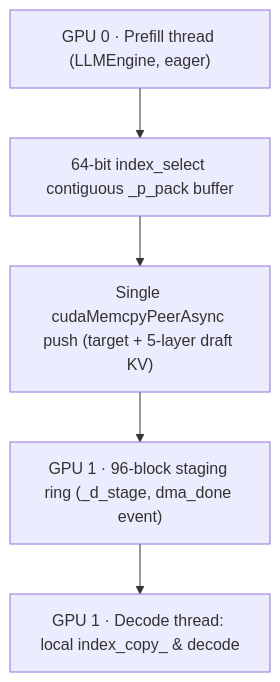
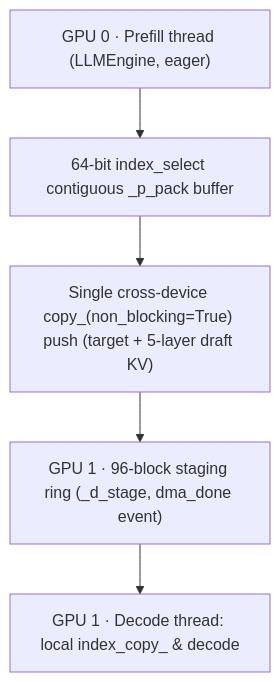
Before and after one commit to tianyuantong/nano-vllm-speculative-decoding: the diagram in README.en.md, drawn with Mermaid. The commit also changed other lines of this file and 3 other files, not shown here.

Commit message:
docs: align P2P handoff wording with copy_(non_blocking=True) API

````diff
--- a/README.en.md
+++ b/README.en.md
@@ -51,7 +51,7 @@
 ```mermaid
 flowchart TB
     P["GPU 0 · Prefill thread (LLMEngine, eager)"] --> Pack["64-bit index_select contiguous _p_pack buffer"]
-    Pack --> DMA["Single cudaMemcpyPeerAsync push (target + 5-layer draft KV)"]
+    Pack --> DMA["Single cross-device copy_(non_blocking=True) push (target + 5-layer draft KV)"]
     DMA --> Ring["GPU 1 · 96-block staging ring (_d_stage, dma_done event)"]
     Ring --> D["GPU 1 · Decode thread: local index_copy_ & decode"]
 ```
````
